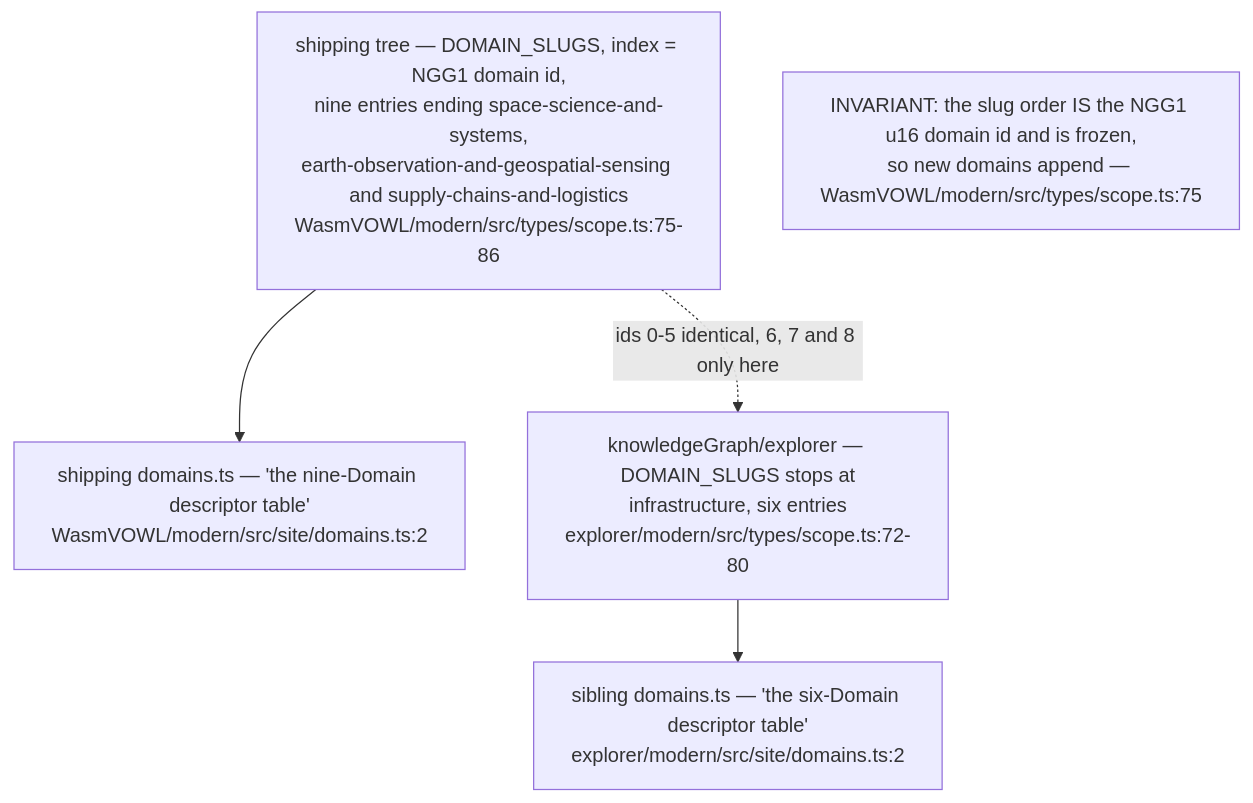
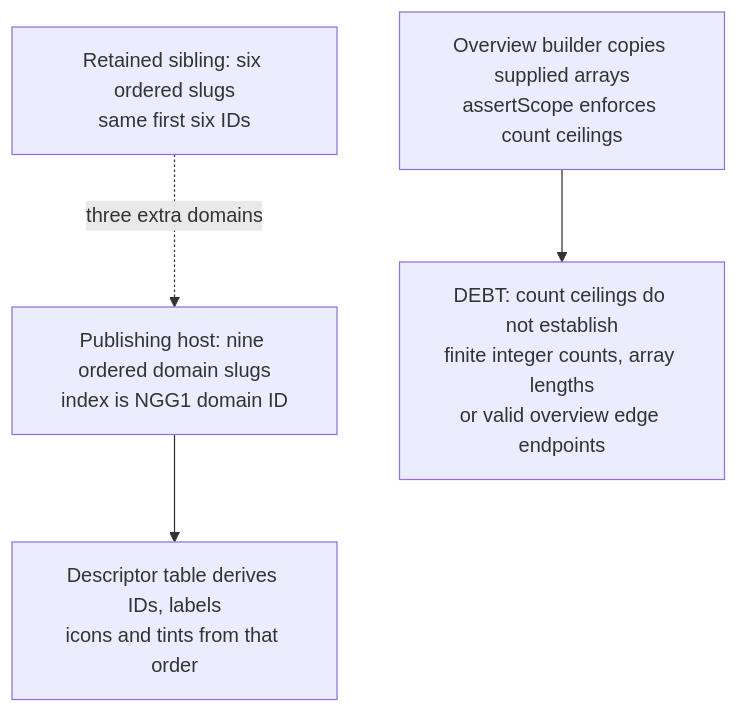
Before and after one commit to DreamLab-AI/VisionFlow: the fifth of 6 diagrams in docs/diagrams/visiongraph/06-shipping-explorer-duplication.md, drawn with Mermaid. The commit also changed other lines of this file and 28 other files, not shown here.

Commit message:
docs: audit visionGraph explorer and shared-profile decision

````diff
--- a/docs/diagrams/visiongraph/06-shipping-explorer-duplication.md
+++ b/docs/diagrams/visiongraph/06-shipping-explorer-duplication.md
@@ -89,11 +144,14 @@
 ```mermaid
 flowchart TB
-    VGSCOPE["shipping tree — DOMAIN_SLUGS, index = NGG1 domain id,<br/>nine entries ending space-science-and-systems,<br/>earth-observation-and-geospatial-sensing and supply-chains-and-logistics<br/>WasmVOWL/modern/src/types/scope.ts:75-86"]
-    VGMETA["shipping domains.ts — 'the nine-Domain descriptor table'<br/>WasmVOWL/modern/src/site/domains.ts:2"]
-    KGSCOPE["knowledgeGraph/explorer — DOMAIN_SLUGS stops at<br/>infrastructure, six entries<br/>explorer/modern/src/types/scope.ts:72-80"]
-    KGMETA["sibling domains.ts — 'the six-Domain descriptor table'<br/>explorer/modern/src/site/domains.ts:2"]
-    VGSCOPE --> VGMETA
-    KGSCOPE --> KGMETA
-    VGSCOPE -.->|"ids 0-5 identical, 6, 7 and 8 only here"| KGSCOPE
-    note1["INVARIANT: the slug order IS the NGG1 u16 domain id and is frozen,<br/>so new domains append — WasmVOWL/modern/src/types/scope.ts:75"]
+    %% Source: ../visionGraph/publishing-tools/WasmVOWL/modern/src/types/scope.ts:75
+    A["Publishing host: nine ordered domain slugs<br/>index is NGG1 domain ID"]
+    %% Source: ../visionGraph/publishing-tools/WasmVOWL/modern/src/site/domains.ts:60
+    A --> B["Descriptor table derives IDs, labels<br/>icons and tints from that order"]
+    %% Source: ../knowledgeGraph/explorer/modern/src/types/scope.ts:73
+    C["Retained sibling: six ordered slugs<br/>same first six IDs"]
+    C -.->|"three extra domains"| A
+    %% Source: ../visionGraph/publishing-tools/WasmVOWL/modern/src/stores/scopeStore.ts:512
+    %% Source: ../visionGraph/publishing-tools/WasmVOWL/modern/src/types/scope.ts:153
+    D["Overview builder copies supplied arrays<br/>assertScope enforces count ceilings"]
+    D --> E["DEBT: count ceilings do not establish<br/>finite integer counts, array lengths<br/>or valid overview edge endpoints"]
 ```
````
